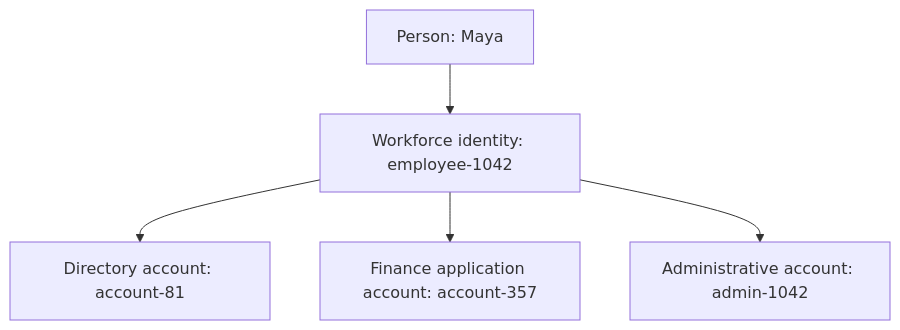
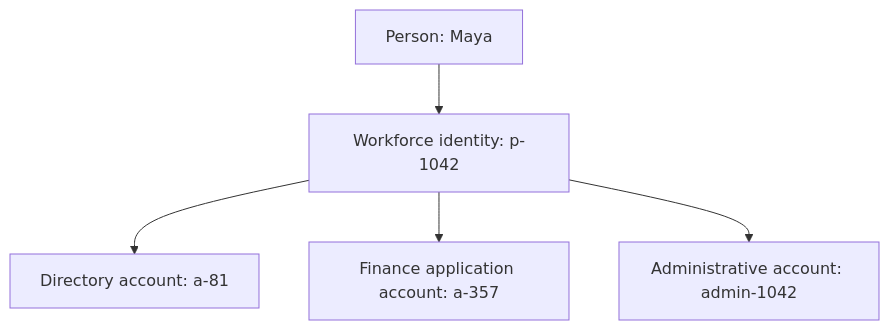
The diagram in content/fundamentals/identities-accounts-credentials.md (repson/iamnotroot), drawn with Mermaid before and after one commit. The commit also changed other lines of this file and 38 other files, not shown here.

````diff
--- a/content/fundamentals/identities-accounts-credentials.md
+++ b/content/fundamentals/identities-accounts-credentials.md
@@ -33,7 +34,7 @@
 ```mermaid
 flowchart TD
-    person["Person: Maya"] --> identity["Workforce identity: employee-1042"]
-    identity --> directory["Directory account: account-81"]
-    identity --> finance["Finance application account: account-357"]
+    person["Person: Maya"] --> identity["Workforce identity: p-1042"]
+    identity --> directory["Directory account: a-81"]
+    identity --> finance["Finance application account: a-357"]
     identity --> admin["Administrative account: admin-1042"]
 ```
````
